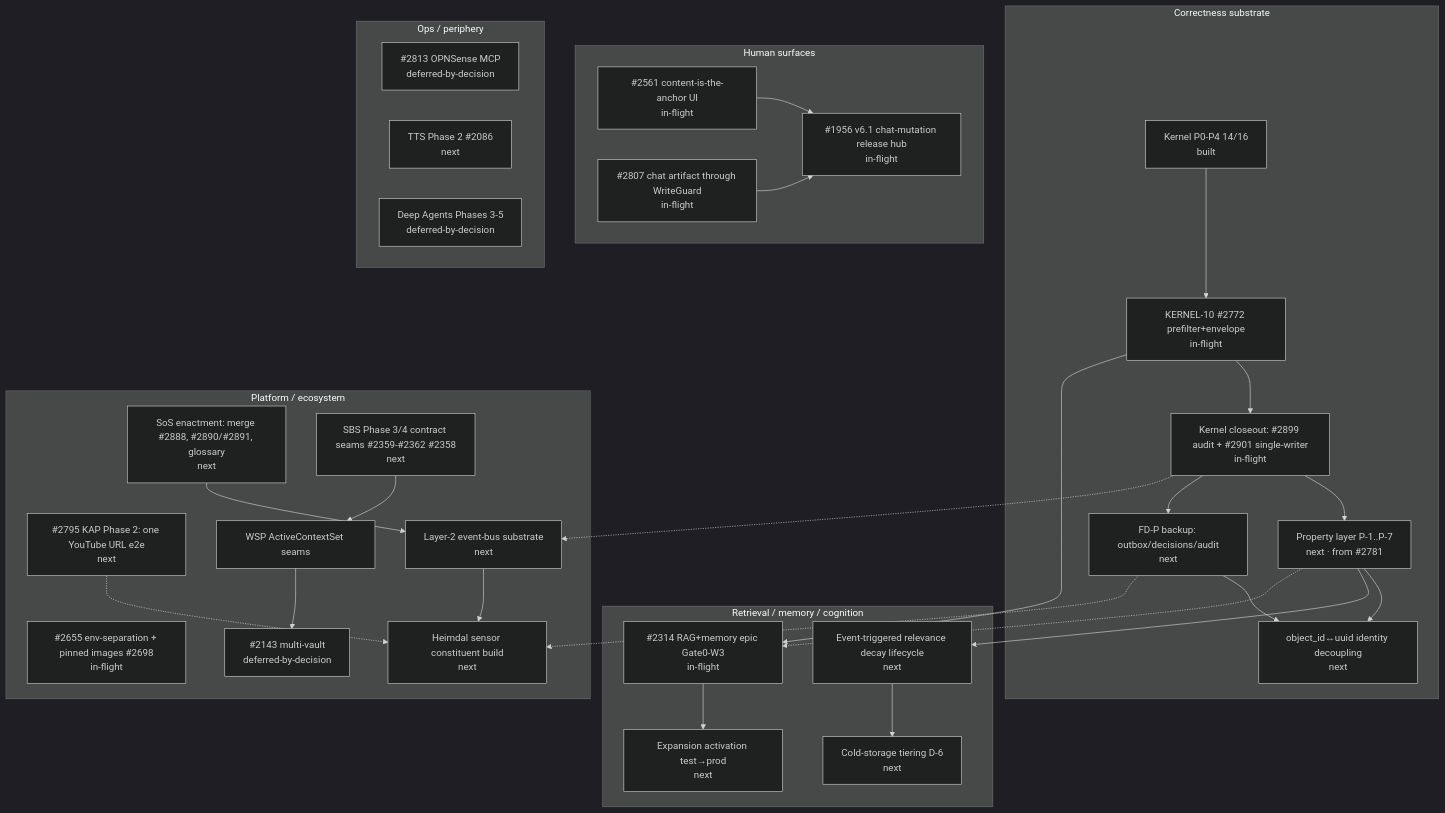
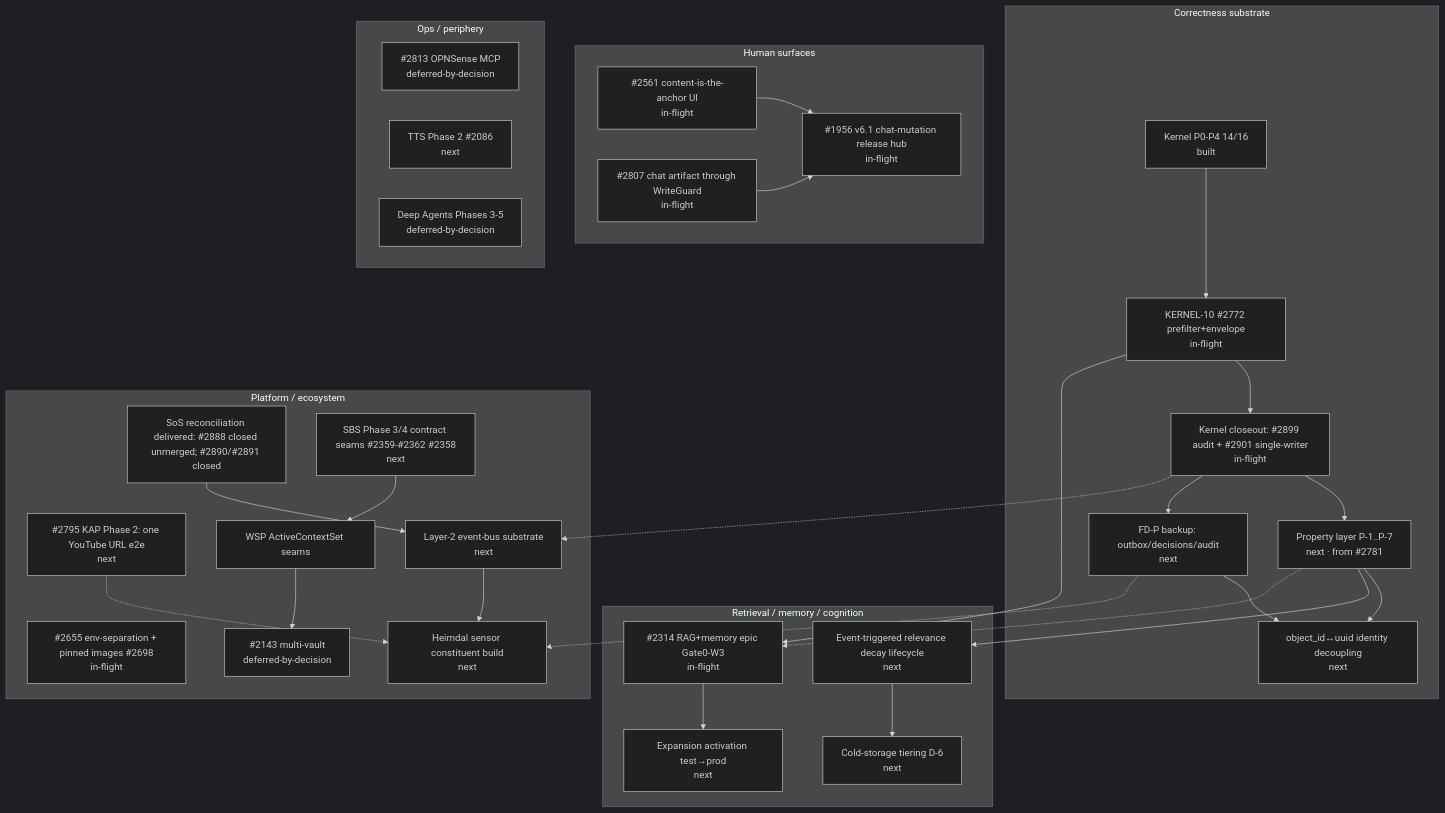
One commit to RasmusTho/agentic-pkm-mvp changed the diagram in docs/architecture/evolution-graph.md. Above: the diagram before and after it, drawn with Mermaid (dark theme). The commit also changed other lines of this file and 5 other files, not shown here.

````diff
--- a/docs/architecture/evolution-graph.md
+++ b/docs/architecture/evolution-graph.md
@@ -21,46 +21,46 @@
 ```mermaid
 graph TD
   subgraph Substrate["Correctness substrate"]
     K0[Kernel P0-P4 14/16<br/>built] --> K10[KERNEL-10 #2772 prefilter+envelope<br/>in-flight]
     K10 --> KCLOSE[Kernel closeout: #2899 audit + #2901 single-writer<br/>in-flight]
     KCLOSE --> PROPS[Property layer P-1..P-7<br/>next  · from #2781]
     KCLOSE --> BACKUP[FD-P backup: outbox/decisions/audit<br/>next]
     PROPS --> IDENT[object_id↔uuid identity decoupling<br/>next]
     BACKUP --> IDENT
   end
 
   subgraph Cognition["Retrieval / memory / cognition"]
     K10 --> RAG[#2314 RAG+memory epic Gate0-W3<br/>in-flight]
     RAG --> EXPAND[Expansion activation test→prod<br/>next]
     PROPS --> DECAY[Event-triggered relevance decay lifecycle<br/>next]
     DECAY --> COLD[Cold-storage tiering D-6<br/>next]
   end
 
   subgraph Surfaces["Human surfaces"]
     UI[#2561 content-is-the-anchor UI<br/>in-flight] --> V61[#1956 v6.1 chat-mutation release hub<br/>in-flight]
     CHAT[#2807 chat artifact through WriteGuard<br/>in-flight] --> V61
   end
 
   subgraph Platform["Platform / ecosystem"]
     DEPLOY[#2655 env-separation + pinned images #2698<br/>in-flight]
-    SOS[SoS enactment: merge #2888, #2890/#2891, glossary<br/>next]
+    SOS[SoS reconciliation delivered: #2888 closed unmerged; #2890/#2891 closed]
     KAP2[#2795 KAP Phase 2: one YouTube URL e2e<br/>next]
     SOS --> BUS[Layer-2 event-bus substrate<br/>next]
     KCLOSE -.-> BUS
     BUS --> HEIM[Heimdal sensor constituent build<br/>next]
     KAP2 -.-> HEIM
     SBS34[SBS Phase 3/4 contract seams #2359-#2362 #2358<br/>next]
     MV[#2143 multi-vault<br/>deferred-by-decision]
     WSP[WSP ActiveContextSet seams] --> MV
     SBS34 --> WSP
   end
 
   subgraph Ops["Ops / periphery"]
     OPN[#2813 OPNSense MCP<br/>deferred-by-decision]
     TTS[TTS Phase 2 #2086<br/>next]
     DEEP[Deep Agents Phases 3-5<br/>deferred-by-decision]
   end
 
   PROPS -.-> RAG
   BACKUP -.-> HEIM
 ```
````
